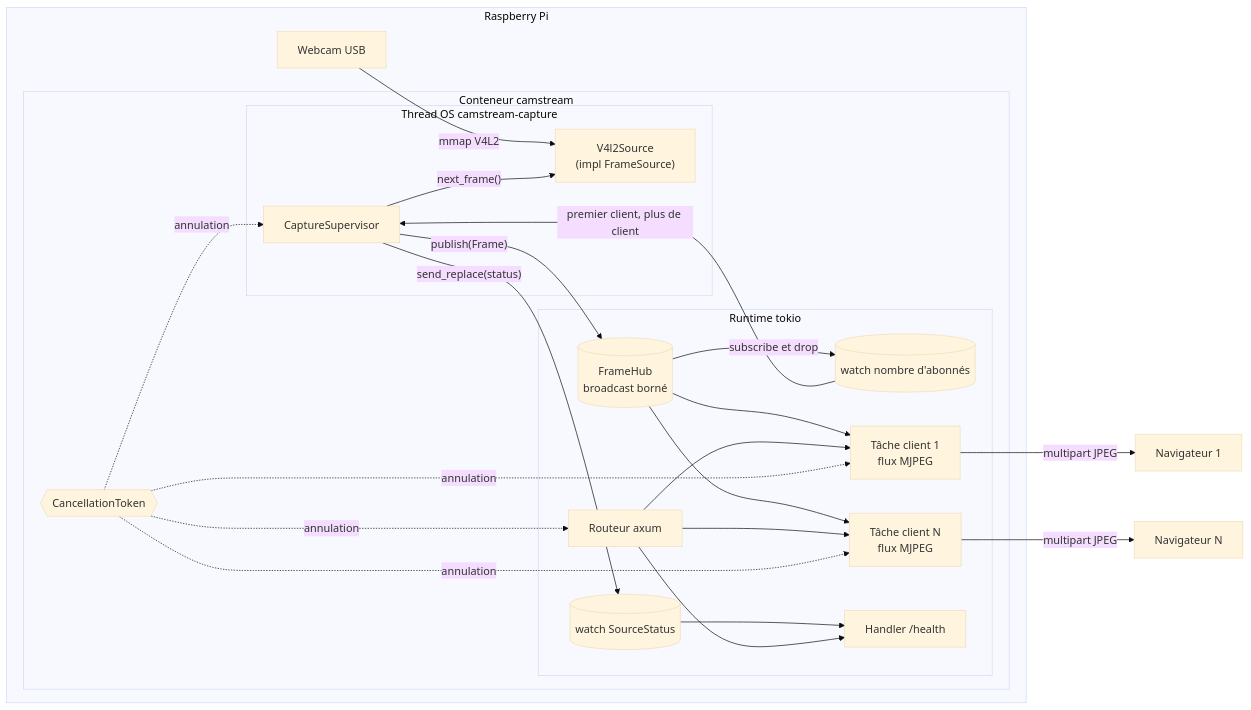
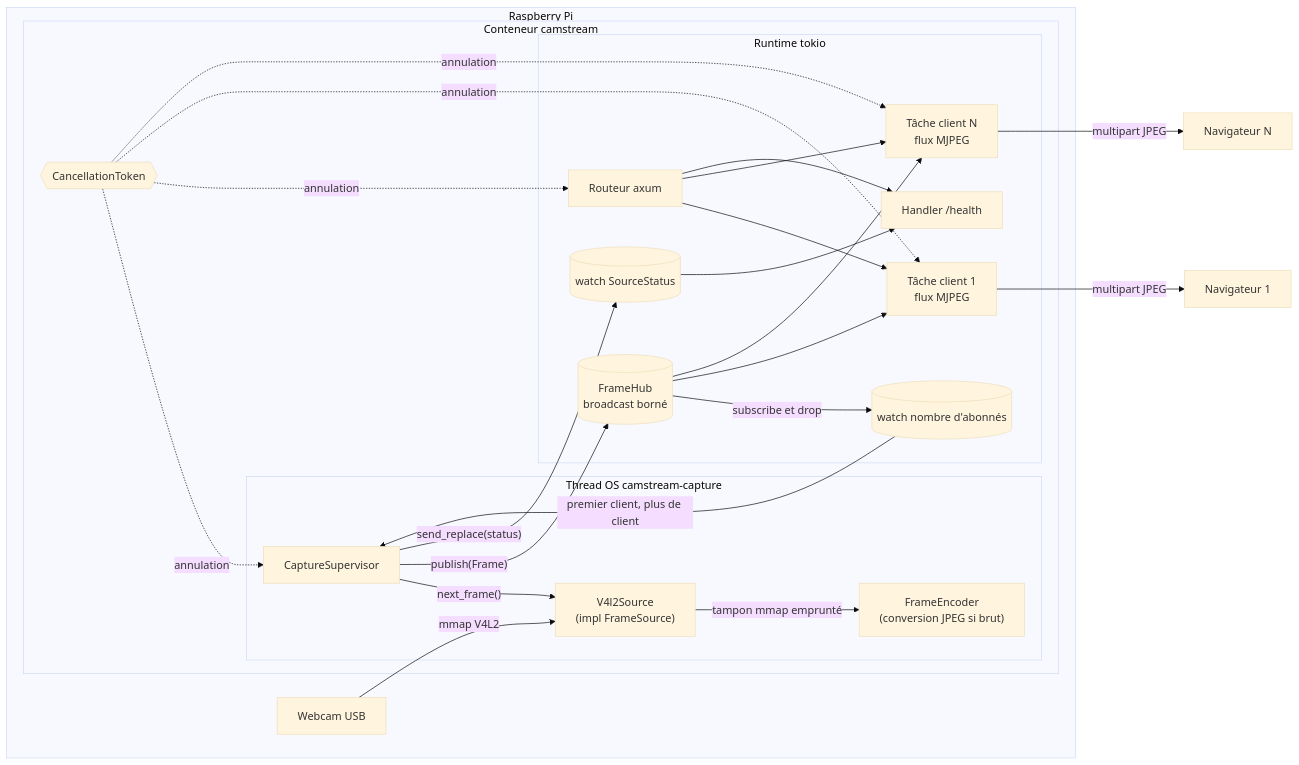
Before and after one commit to jprecigout/camstream: the third of 12 diagrams in docs/architecture.md, drawn with Mermaid (base theme). The commit also changed other lines of this file and 37 other files, not shown here.

````diff
--- a/docs/architecture.md
+++ b/docs/architecture.md
@@ -149,40 +179,42 @@
 ```mermaid
 flowchart LR
     subgraph Host["Raspberry Pi"]
         Cam["Webcam USB"]
         subgraph Container["Conteneur camstream"]
             subgraph CaptureThread["Thread OS camstream-capture"]
                 Sup["CaptureSupervisor"]
                 Src["V4l2Source<br/>(impl FrameSource)"]
+                Enc["FrameEncoder<br/>(conversion JPEG si brut)"]
             end
             subgraph Runtime["Runtime tokio"]
                 Hub[("FrameHub<br/>broadcast borné")]
                 Status[("watch SourceStatus")]
                 Demand[("watch nombre d'abonnés")]
                 Router["Routeur axum"]
                 C1["Tâche client 1<br/>flux MJPEG"]
                 C2["Tâche client N<br/>flux MJPEG"]
                 Health["Handler /health"]
             end
             Token{{"CancellationToken"}}
         end
     end
     Cam -->|"mmap V4L2"| Src
     Sup -->|"next_frame()"| Src
+    Src -->|"tampon mmap emprunté"| Enc
     Sup -->|"publish(Frame)"| Hub
     Sup -->|"send_replace(status)"| Status
     Hub -->|"subscribe et drop"| Demand
     Demand -->|"premier client, plus de client"| Sup
     Hub --> C1
     Hub --> C2
     Status --> Health
     Router --> C1
     Router --> C2
     Router --> Health
     Token -.->|"annulation"| Sup
     Token -.->|"annulation"| Router
     Token -.->|"annulation"| C1
     Token -.->|"annulation"| C2
     C1 -->|"multipart JPEG"| B1["Navigateur 1"]
     C2 -->|"multipart JPEG"| B2["Navigateur N"]
 ```
````
